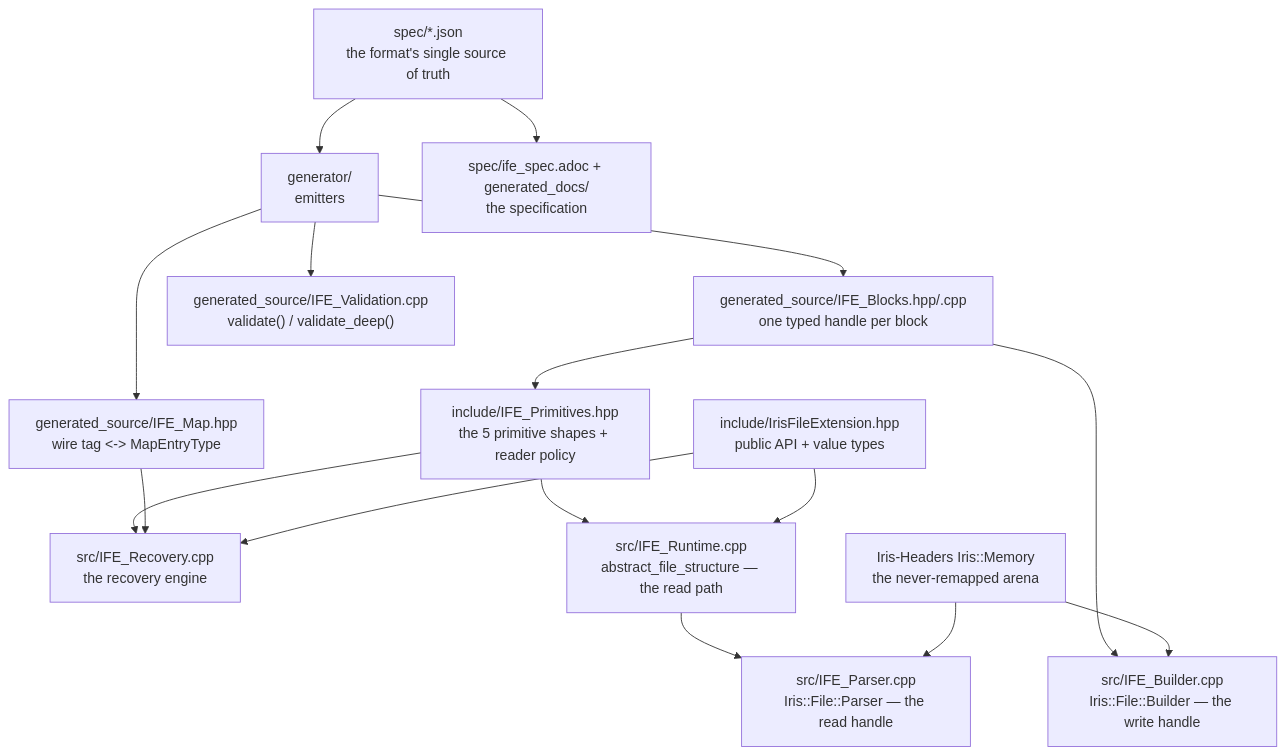
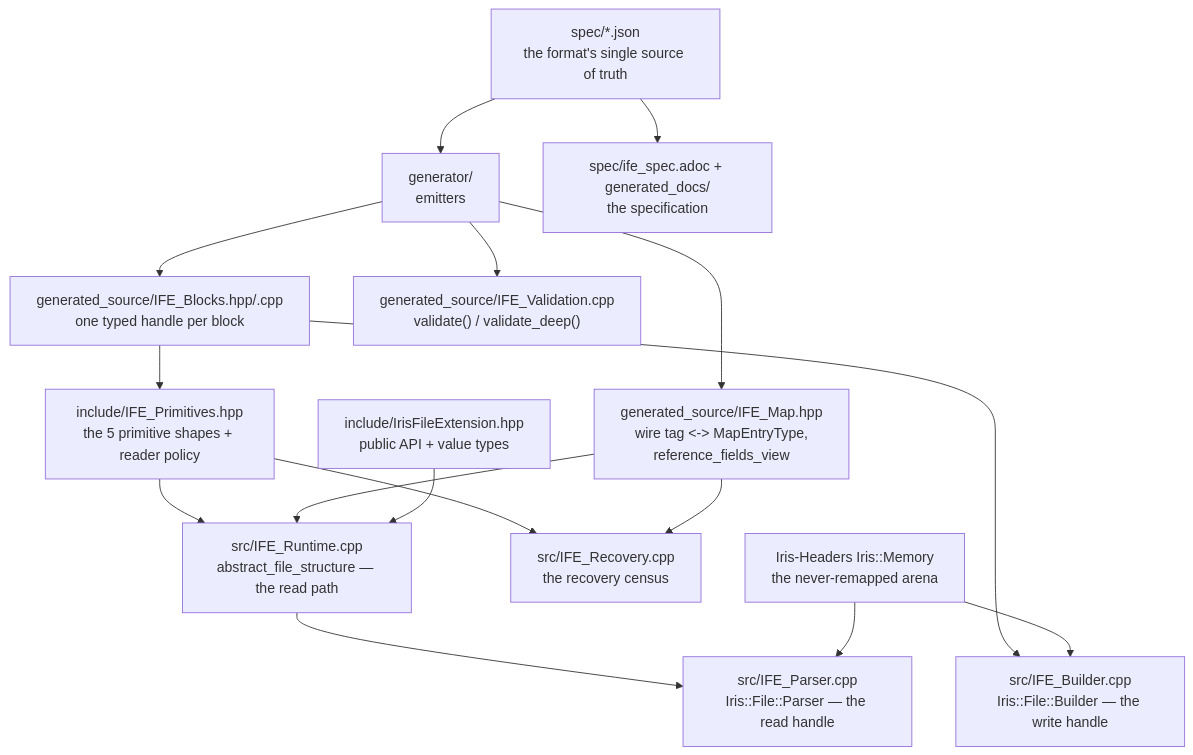
One commit to ryanlandvater/Iris-File-Extension changed the first of 5 diagrams in architecture.md. Above: the diagram before and after it, drawn with Mermaid. The commit also changed other lines of this file and 39 other files, not shown here.

First line of the commit message:
Add the recovery census and make a fork build self-contained

````diff
--- a/architecture.md
+++ b/architecture.md
@@ -20,26 +24,26 @@
 ```mermaid
 flowchart TD
     J["spec/*.json<br/>the format's single source of truth"]
     G["generator/<br/>emitters"]
     B["generated_source/IFE_Blocks.hpp/.cpp<br/>one typed handle per block"]
     V["generated_source/IFE_Validation.cpp<br/>validate() / validate_deep()"]
-    M["generated_source/IFE_Map.hpp<br/>wire tag &lt;-&gt; MapEntryType"]
+    M["generated_source/IFE_Map.hpp<br/>wire tag &lt;-&gt; MapEntryType,<br/>reference_fields_view"]
     P["include/IFE_Primitives.hpp<br/>the 5 primitive shapes + reader policy"]
-    R["src/IFE_Recovery.cpp<br/>the recovery engine"]
     T["src/IFE_Runtime.cpp<br/>abstract_file_structure — the read path"]
+    R["src/IFE_Recovery.cpp<br/>the recovery census"]
     BU["src/IFE_Builder.cpp<br/>Iris::File::Builder — the write handle"]
     PA["src/IFE_Parser.cpp<br/>Iris::File::Parser — the read handle"]
     MEM["Iris-Headers Iris::Memory<br/>the never-remapped arena"]
     A["include/IrisFileExtension.hpp<br/>public API + value types"]
     D["spec/ife_spec.adoc + generated_docs/<br/>the specification"]
 
     J --> G --> B & V & M
     J --> D
     B --> P
-    P --> R & T
-    M --> R
-    A --> R & T
+    P --> T & R
+    M --> T & R
+    A --> T
     T --> PA
     B --> BU
     MEM --> BU & PA
 ```
````
